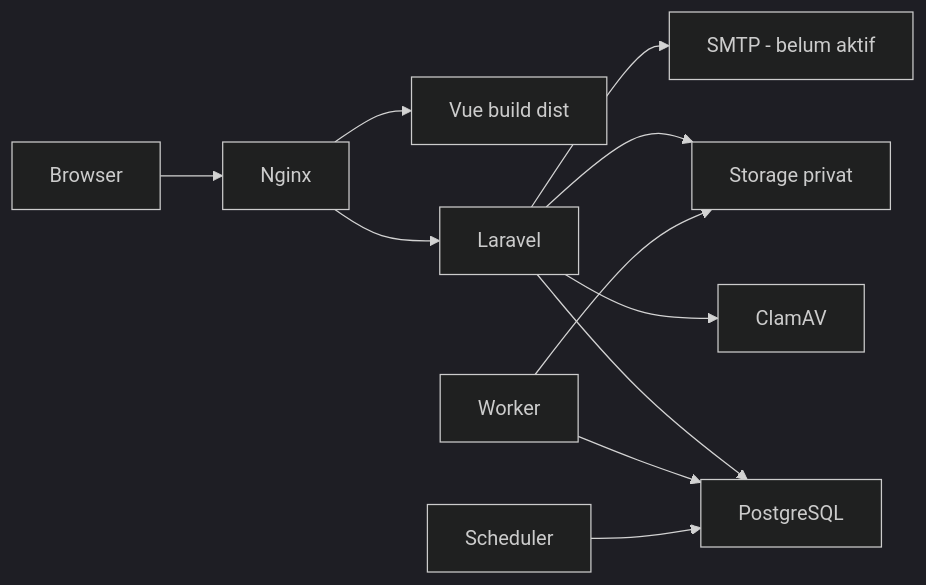
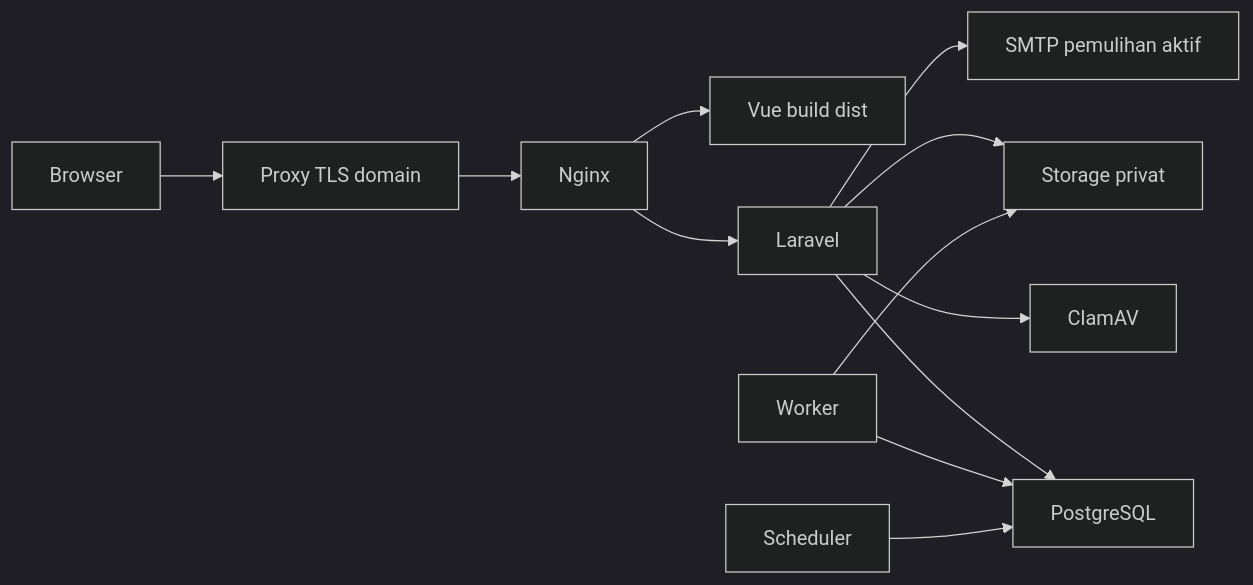
One commit to anggajufran/nadi-asn-dpmptsp changed the first of 2 diagrams in docs/architecture/DOKUMENTASI_TEKNIS_NADI_ASN.md. Above: the diagram before and after it, drawn with Mermaid (dark theme). The commit also changed other lines of this file and 43 other files, not shown here.

````diff
--- a/docs/architecture/DOKUMENTASI_TEKNIS_NADI_ASN.md
+++ b/docs/architecture/DOKUMENTASI_TEKNIS_NADI_ASN.md
@@ -146,13 +148,14 @@
 ```mermaid
 flowchart LR
- Browser --> Nginx
+ Browser --> NPM[Proxy TLS domain]
+ NPM --> Nginx
  Nginx --> SPA[Vue build dist]
  Nginx --> Laravel
  Laravel --> PostgreSQL
  Worker --> PostgreSQL
  Scheduler --> PostgreSQL
  Laravel --> ClamAV
- Laravel --> SMTP[SMTP - belum aktif]
+ Laravel --> SMTP[SMTP pemulihan aktif]
  Laravel --> Storage[Storage privat]
  Worker --> Storage
 ```
````
